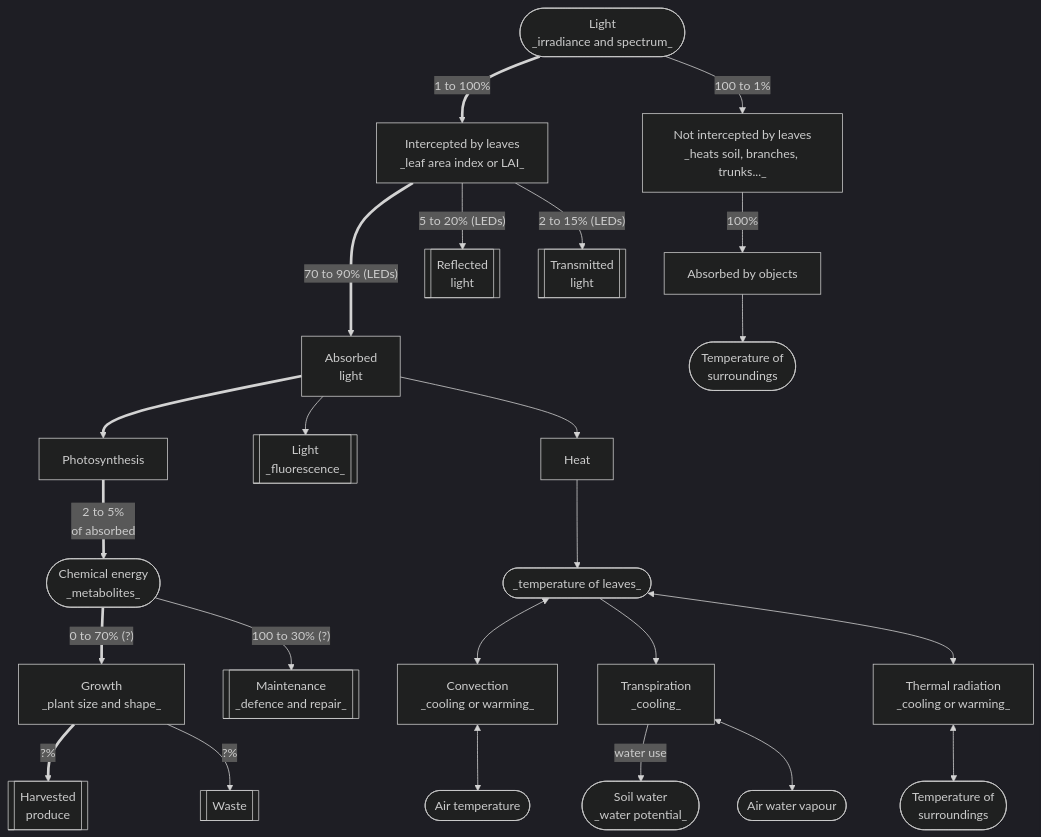
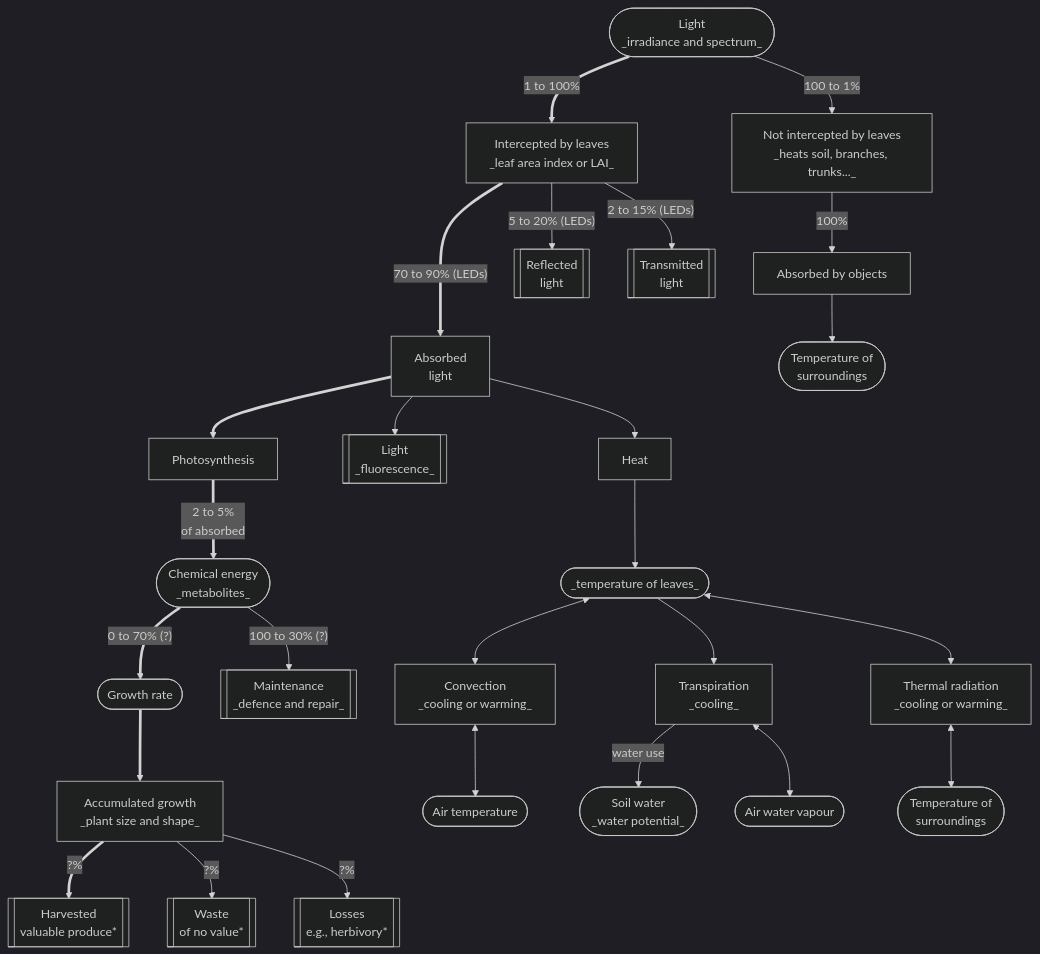
The second of 2 diagrams in introduction.qmd (aphalo/uv4p-handbook-2ed-quarto), drawn with Mermaid (dark theme) before and after one commit. The commit also changed other lines of this file and 13 other files, not shown here.

````diff
--- a/introduction.qmd
+++ b/introduction.qmd
@@ -149,24 +165,26 @@
 ```{mermaid}
 flowchart TB
 
 L([Light<br/>_irradiance and spectrum_]) == 1 to 100% ==> IL[Intercepted by leaves<br/>_leaf area index or LAI_]
 L -- 100 to 1% --> NIL[Not intercepted by leaves<br/>_heats soil, branches, trunks..._] 
 NIL -- 100% --> WSA[Absorbed by objects] --> ST1([Temperature of<br/>surroundings])
 IL == 70 to 90% (LEDs) ===> Ab[Absorbed<br/>light] 
 IL -- 5 to 20% (LEDs) --> Rfl[[Reflected<br/>light]]
 IL -- 2 to 15% (LEDs) --> Tfr[[Transmitted<br/>light]]
 Ab ==> Ph[Photosynthesis] == 2 to 5%<br/>of absorbed ==> Ch([Chemical energy<br/>_metabolites_])
 Ab --> Fl[[Light<br/>_fluorescence_]]
 Ab --> He[Heat] --> Tleaf([_temperature of leaves_])
 Tleaf <--> Cv[Convection<br/>_cooling or warming_]
 Tleaf --> Tr[Transpiration<br/>_cooling_]
 Tr -- water use --> Sw([Soil water<br/>_water potential_]) 
-Ch == 0 to 70% (?) ==> Gr[Growth<br/>_plant size and shape_]
+Ch == 0 to 70% (?) ==> GRat([Growth rate])
+GRat ==> Gr[Accumulated growth<br/>_plant size and shape_]
 Ch -- 100 to 30% (?) --> Mn[[Maintenance<br/>_defence and repair_]]
 Cv <--> Tair([Air temperature])
 Tr <--> Hair([Air water vapour])
 Tleaf <--> Thr[Thermal radiation<br/>_cooling or warming_]
 Thr <--> ST([Temperature of<br/>surroundings])
-Gr == ?% ==> Hv[[Harvested<br/>produce]]
-Gr -- ?% --> Wst[[Waste]]
+Gr == ?% ==> Hv[[Harvested<br/>valuable produce*]]
+Gr -- ?% --> Wst[["Waste"<br/>of no value*]]
+Gr -- ?% --> Ls[[Losses<br/>e.g., herbivory*]]
 ```
````
